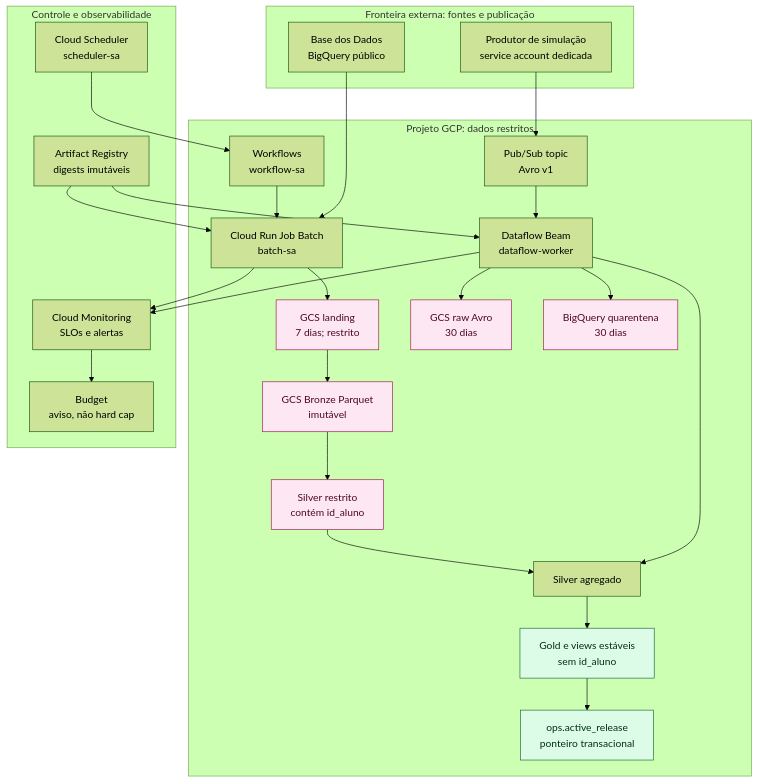
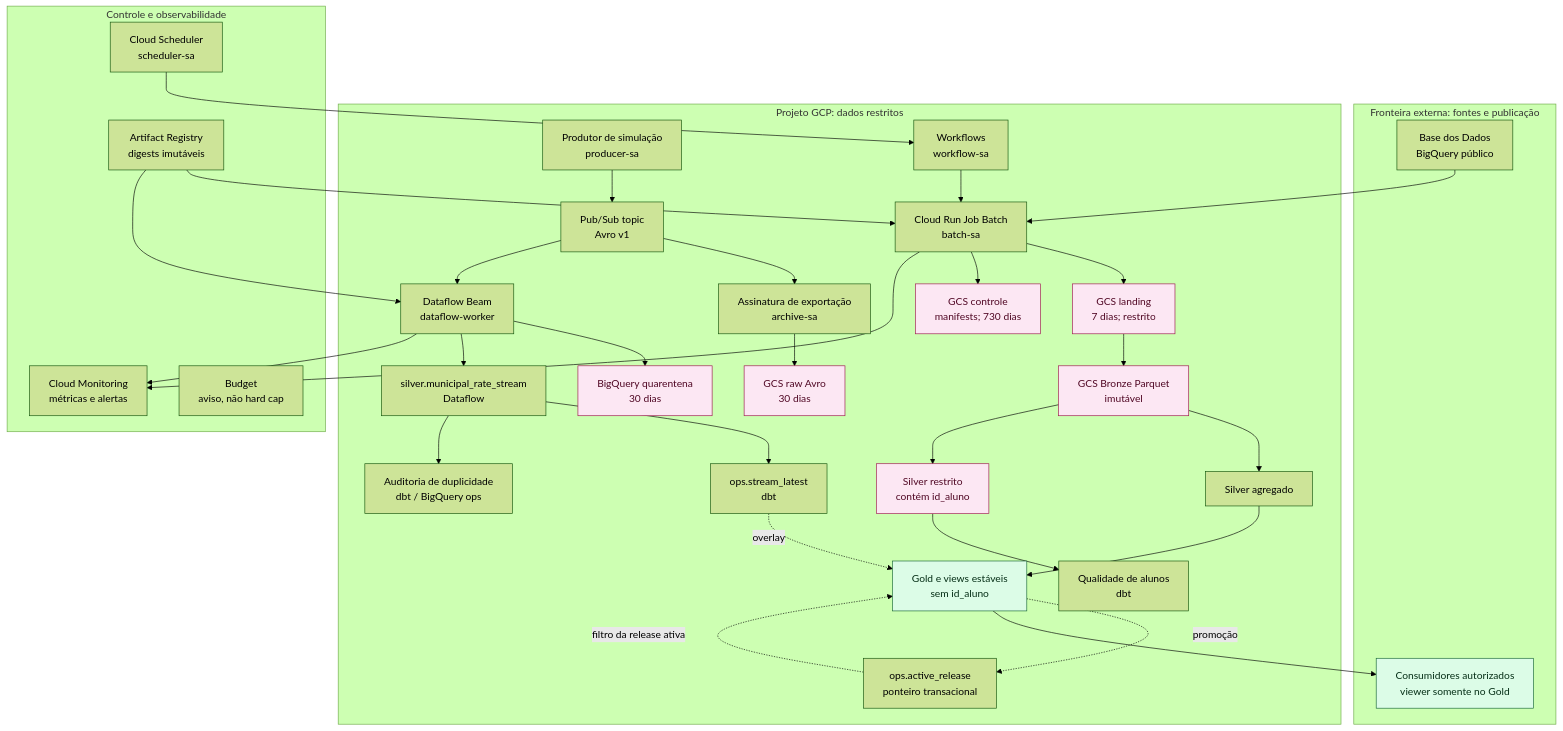
Before and after one commit to kevinbds/tech-challenge-fase2-alfabetizacao-pipeline: the diagram in diagrams/architecture.mmd, drawn with Mermaid (forest theme). The commit also changed other lines of this file and 278 other files, not shown here.

```diff
--- a/diagrams/architecture.mmd
+++ b/diagrams/architecture.mmd
@@ -1,48 +1,62 @@
 flowchart TB
   subgraph trust0["Fronteira externa: fontes e publicação"]
     bd["Base dos Dados<br/>BigQuery público"]
-    producer["Produtor de simulação<br/>service account dedicada"]
+    consumers["Consumidores autorizados<br/>viewer somente no Gold"]
   end
 
   subgraph trust1["Projeto GCP: dados restritos"]
+    producer["Produtor de simulação<br/>producer-sa"]
     workflow["Workflows<br/>workflow-sa"]
     batch["Cloud Run Job Batch<br/>batch-sa"]
     landing["GCS landing<br/>7 dias; restrito"]
     bronze["GCS Bronze Parquet<br/>imutável"]
+    control["GCS controle<br/>manifests; 730 dias"]
     raw["GCS raw Avro<br/>30 dias"]
     quarantine["BigQuery quarentena<br/>30 dias"]
+    streamrate["silver.municipal_rate_stream<br/>Dataflow"]
+    streamlatest["ops.stream_latest<br/>dbt"]
+    audit["Auditoria de duplicidade<br/>dbt / BigQuery ops"]
     silverr["Silver restrito<br/>contém id_aluno"]
+    quality["Qualidade de alunos<br/>dbt"]
     silver["Silver agregado"]
     gold["Gold e views estáveis<br/>sem id_aluno"]
     ops["ops.active_release<br/>ponteiro transacional"]
     topic["Pub/Sub topic<br/>Avro v1"]
+    archive["Assinatura de exportação<br/>archive-sa"]
     dataflow["Dataflow Beam<br/>dataflow-worker"]
   end
 
   subgraph trust2["Controle e observabilidade"]
     scheduler["Cloud Scheduler<br/>scheduler-sa"]
-    monitor["Cloud Monitoring<br/>SLOs e alertas"]
+    monitor["Cloud Monitoring<br/>métricas e alertas"]
     budget["Budget<br/>aviso, não hard cap"]
     registry["Artifact Registry<br/>digests imutáveis"]
   end
 
   scheduler --> workflow
   workflow --> batch
   bd --> batch
   batch --> landing --> bronze
-  bronze --> silverr --> silver --> gold
-  gold --> ops
-  producer --> topic --> dataflow
-  dataflow --> raw
+  batch --> control
+  bronze --> silver
+  bronze --> silverr --> quality
+  silver --> gold
+  gold -. promoção .-> ops
+  ops -. filtro da release ativa .-> gold
+  producer --> topic
+  topic --> archive --> raw
+  topic --> dataflow
   dataflow --> quarantine
-  dataflow --> silver
+  dataflow --> streamrate --> streamlatest
+  streamrate --> audit
+  streamlatest -. overlay .-> gold
+  gold --> consumers
   registry --> batch
   registry --> dataflow
   batch --> monitor
   dataflow --> monitor
-  monitor --> budget
 
   classDef restricted fill:#fce7f3,stroke:#9d174d,color:#500724
   classDef published fill:#dcfce7,stroke:#166534,color:#052e16
-  class landing,bronze,raw,quarantine,silverr restricted
-  class gold,ops published
+  class landing,bronze,control,raw,quarantine,silverr restricted
+  class gold,consumers published
```
